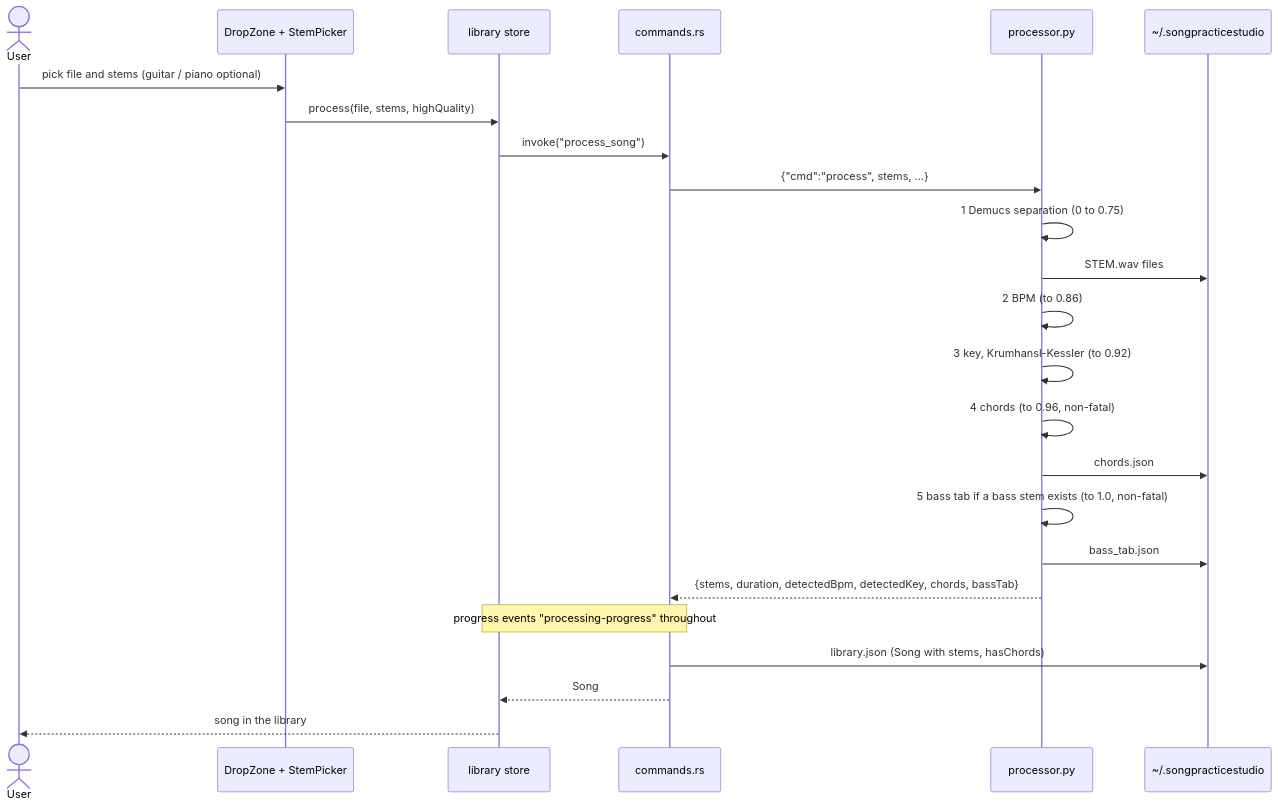
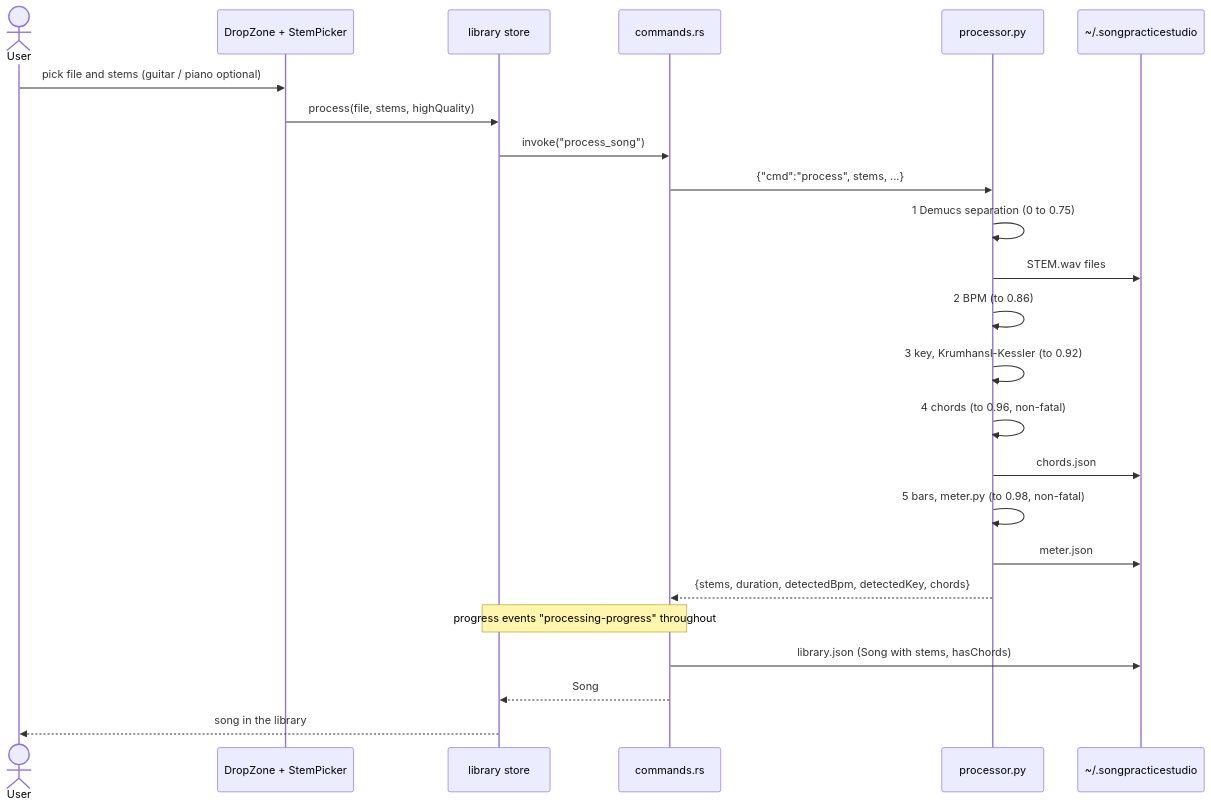
One commit to giamat90/SongPracticeStudio changed diagram 11 of 16 in wiki/uml.md. Above: the diagram before and after it, drawn with Mermaid. The commit also changed other lines of this file and 26 other files, not shown here.

First line of the commit message:
refactor: remove the bass tab

````diff
--- a/wiki/uml.md
+++ b/wiki/uml.md
@@ -489,27 +473,27 @@
 ```mermaid
 sequenceDiagram
     actor U as User
     participant DZ as DropZone + StemPicker
     participant LS as library store
     participant R as commands.rs
     participant P as processor.py
     participant FS as ~/.songpracticestudio
 
     U->>DZ: pick file and stems (guitar / piano optional)
     DZ->>LS: process(file, stems, highQuality)
     LS->>R: invoke("process_song")
     R->>P: {"cmd":"process", stems, ...}
     P->>P: 1 Demucs separation (0 to 0.75)
     P->>FS: STEM.wav files
     P->>P: 2 BPM (to 0.86)
     P->>P: 3 key, Krumhansl-Kessler (to 0.92)
     P->>P: 4 chords (to 0.96, non-fatal)
     P->>FS: chords.json
-    P->>P: 5 bass tab if a bass stem exists (to 1.0, non-fatal)
-    P->>FS: bass_tab.json
-    P-->>R: {stems, duration, detectedBpm, detectedKey, chords, bassTab}
+    P->>P: 5 bars, meter.py (to 0.98, non-fatal)
+    P->>FS: meter.json
+    P-->>R: {stems, duration, detectedBpm, detectedKey, chords}
     Note over R,LS: progress events "processing-progress" throughout
     R->>FS: library.json (Song with stems, hasChords)
     R-->>LS: Song
     LS-->>U: song in the library
 ```
````
